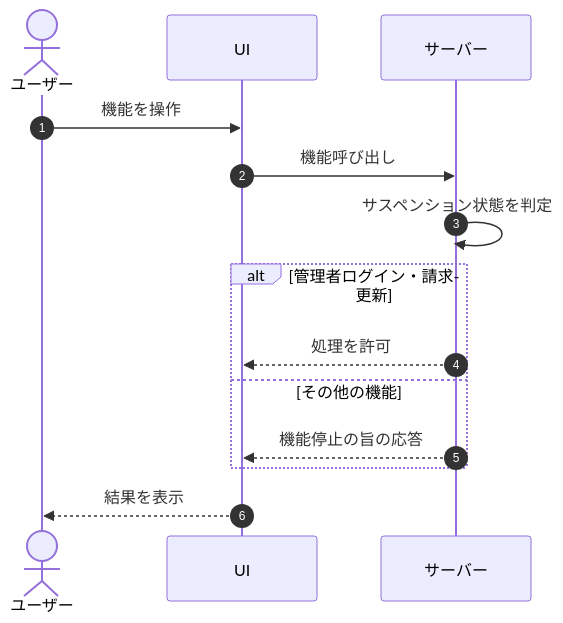
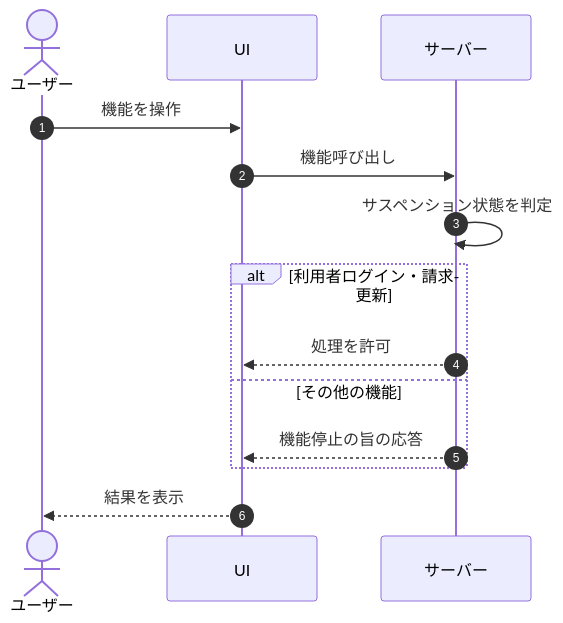
Before and after one commit to sikakou54/open-faq: diagram 12 of 37 in 01_requirements/02_functional_requirement/03_usage-fr.md, drawn with Mermaid. The commit also changed other lines of this file and 294 other files, not shown here.

````diff
--- a/01_requirements/02_functional_requirement/03_usage-fr.md
+++ b/01_requirements/02_functional_requirement/03_usage-fr.md
@@ -334,16 +334,16 @@
 ```mermaid
 sequenceDiagram
   autonumber
   actor U as ユーザー
   participant UI as UI
   participant S as サーバー
   U->>UI: 機能を操作
   UI->>S: 機能呼び出し
   S->>S: サスペンション状態を判定
-  alt 管理者ログイン・請求更新
+  alt 利用者ログイン・請求更新
     S-->>UI: 処理を許可
   else その他の機能
     S-->>UI: 機能停止の旨の応答
   end
   UI-->>U: 結果を表示
 ```
````
